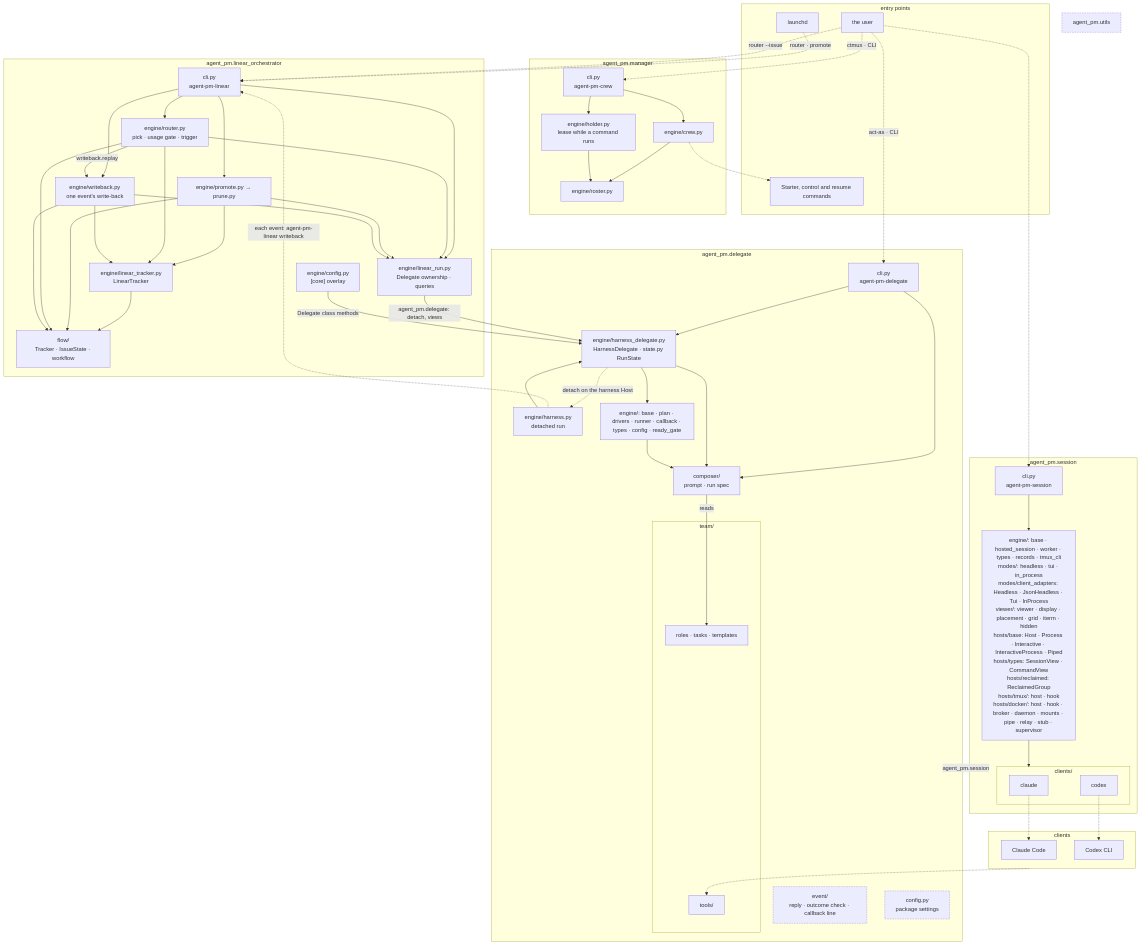
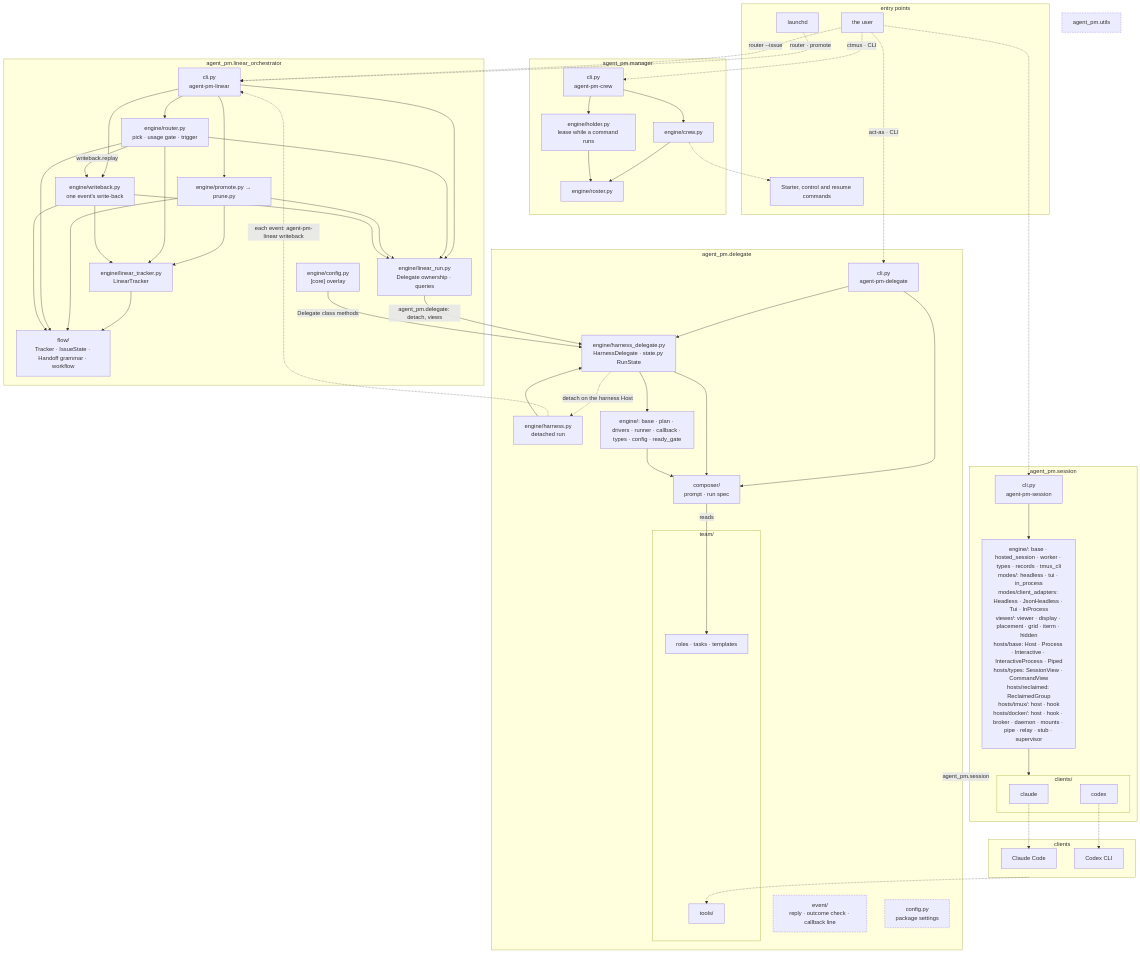
One commit to ophis/agent-pm changed the diagram in docs/architecture.md. Above: the diagram before and after it, drawn with Mermaid. The commit also changed 2 other files, not shown here.

Commit message:
docs: the router's start path goes through the flow Tracker
Re-point docs/credentials.md's line references to what they name after the
moves; CONTEXT.md and docs/architecture.md name the router's issue read,
Related work search and flow's Handoff grammar.

````diff
--- a/docs/architecture.md
+++ b/docs/architecture.md
@@ -5,78 +5,78 @@
 ```mermaid
 flowchart TB
   subgraph EN[entry points]
     LD[launchd]
     HU[the user]
     CC[Starter, control and resume commands]
   end
   subgraph MG[agent_pm.manager]
     MC["cli.py<br>agent-pm-crew"] --> W["engine/crew.py"] --> RS["engine/roster.py"]
     MC --> HO["engine/holder.py<br>lease while a command runs"] --> RS
   end
   subgraph LO[agent_pm.linear_orchestrator]
     LCLI["cli.py<br>agent-pm-linear"]
     R["engine/router.py<br>pick · usage gate · trigger"]
     LR["engine/linear_run.py<br>Delegate ownership · queries"]
     WB["engine/writeback.py<br>one event's write-back"]
     PP["engine/promote.py → prune.py"]
     LT["engine/linear_tracker.py<br>LinearTracker"]
-    FL["flow/<br>Tracker · IssueState · workflow"]
+    FL["flow/<br>Tracker · IssueState · Handoff grammar · workflow"]
     LC["engine/config.py<br>[core] overlay"]
   end
   subgraph DL[agent_pm.delegate]
     D["cli.py<br>agent-pm-delegate"]
     HD["engine/harness_delegate.py<br>HarnessDelegate · state.py RunState"]
     H["engine/harness.py<br>detached run"]
     E["engine/: base · plan · drivers · runner · callback · types · config · ready_gate"]
     C["composer/<br>prompt · run spec"]
     EV["event/<br>reply · outcome check · callback line"]
     CF["config.py<br>package settings"]
     subgraph TM[team/]
       T["roles · tasks · templates"]
       AT[tools/]
     end
   end
   subgraph SE[agent_pm.session]
     SC["cli.py<br>agent-pm-session"]
     DR["engine/: base · hosted_session · worker · types · records · tmux_cli<br>modes/: headless · tui · in_process<br>modes/client_adapters: Headless · JsonHeadless · Tui · InProcess<br>viewer/: viewer · display · placement · grid · iterm · hidden<br>hosts/base: Host · Process · Interactive · InteractiveProcess · Piped<br>hosts/types: SessionView · CommandView<br>hosts/reclaimed: ReclaimedGroup<br>hosts/tmux/: host · hook<br>hosts/docker/: host · hook · broker · daemon · mounts · pipe · relay · stub · supervisor"]
     subgraph AD[clients/]
       CL[claude]
       CX[codex]
     end
   end
   U[agent_pm.utils]
   subgraph RT[clients]
     P1[Claude Code]
     P2[Codex CLI]
   end
   LD -.->|"router · promote"| LCLI
   HU -.->|"router --issue"| LCLI
   HU -.->|"act-as · CLI"| D
   HU -.->|"ctmux · CLI"| MC
   HU -.-> SC
   SC --> DR
   LCLI --> R & PP & WB & LR
   R & PP & WB --> LR
   PP & R --> LT --> FL
   PP & R --> FL
   WB --> LT
   WB --> FL
   R -->|"writeback.replay"| WB
   LR -->|"agent_pm.delegate: detach, views"| HD
   H -.->|"each event: agent-pm-linear writeback"| LCLI
   LC -->|"Delegate class methods"| HD
   W -.-> CC
   D & H --> HD
   D --> C
   HD -.->|"detach on the harness Host"| H
   HD --> E & C
   E --> C
   DL -->|agent_pm.session| SE
   C -->|reads| T
   DR --> AD
   CL -.-> P1
   CX -.-> P2
   RT -.-> AT
   classDef shared stroke-dasharray: 4 3
   class EV,U,CF shared
 ```
````
